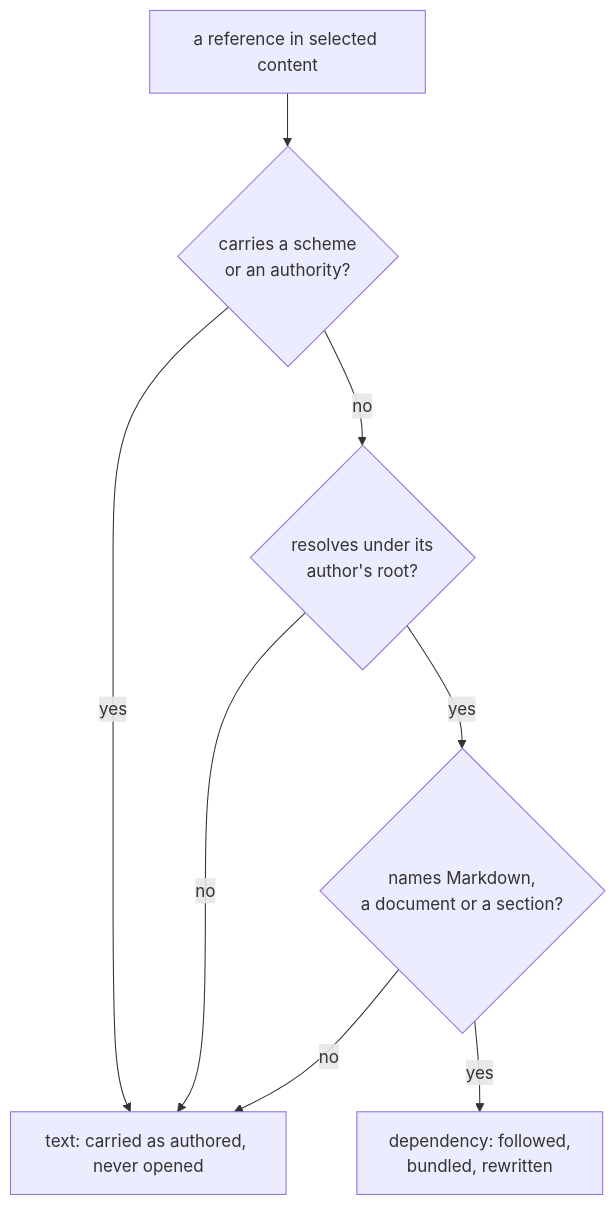
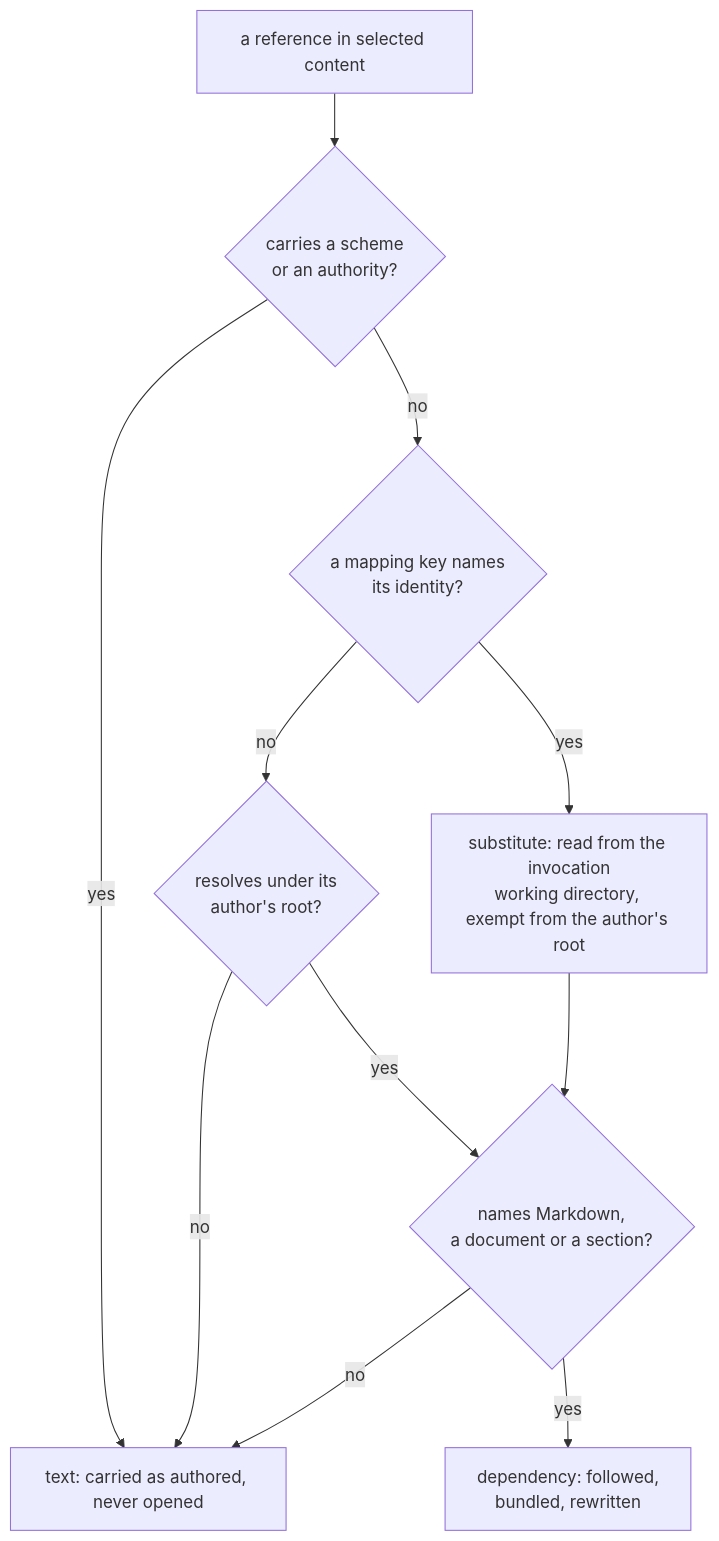
The first of 2 diagrams in docs/references.md (m2ux/prosiform), drawn with Mermaid before and after one commit. The commit also changed other lines of this file and 3 other files, not shown here.

````diff
--- a/docs/references.md
+++ b/docs/references.md
@@ -34,10 +36,13 @@
 ```mermaid
 flowchart TD
   Ref["a reference in selected content"] --> Scheme{"carries a scheme<br/>or an authority?"}
   Scheme -- yes --> Text["text: carried as authored, never opened"]
-  Scheme -- no --> Root{"resolves under its<br/>author's root?"}
+  Scheme -- no --> Mapped{"a mapping key names<br/>its identity?"}
+  Mapped -- yes --> Sub["substitute: read from the invocation<br/>working directory, exempt from the author's root"]
+  Mapped -- no --> Root{"resolves under its<br/>author's root?"}
   Root -- no --> Text
   Root -- yes --> Kind{"names Markdown,<br/>a document or a section?"}
   Kind -- no --> Text
   Kind -- yes --> Dep["dependency: followed,<br/>bundled, rewritten"]
+  Sub --> Kind
 ```
````
